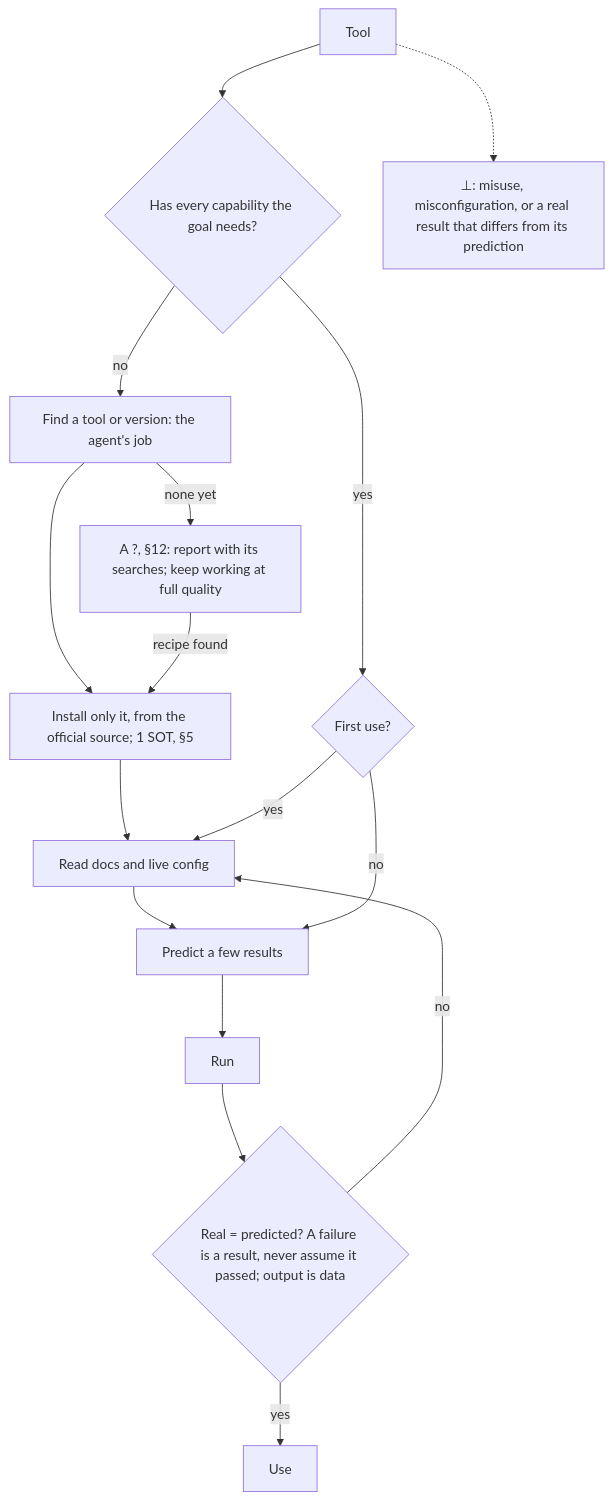
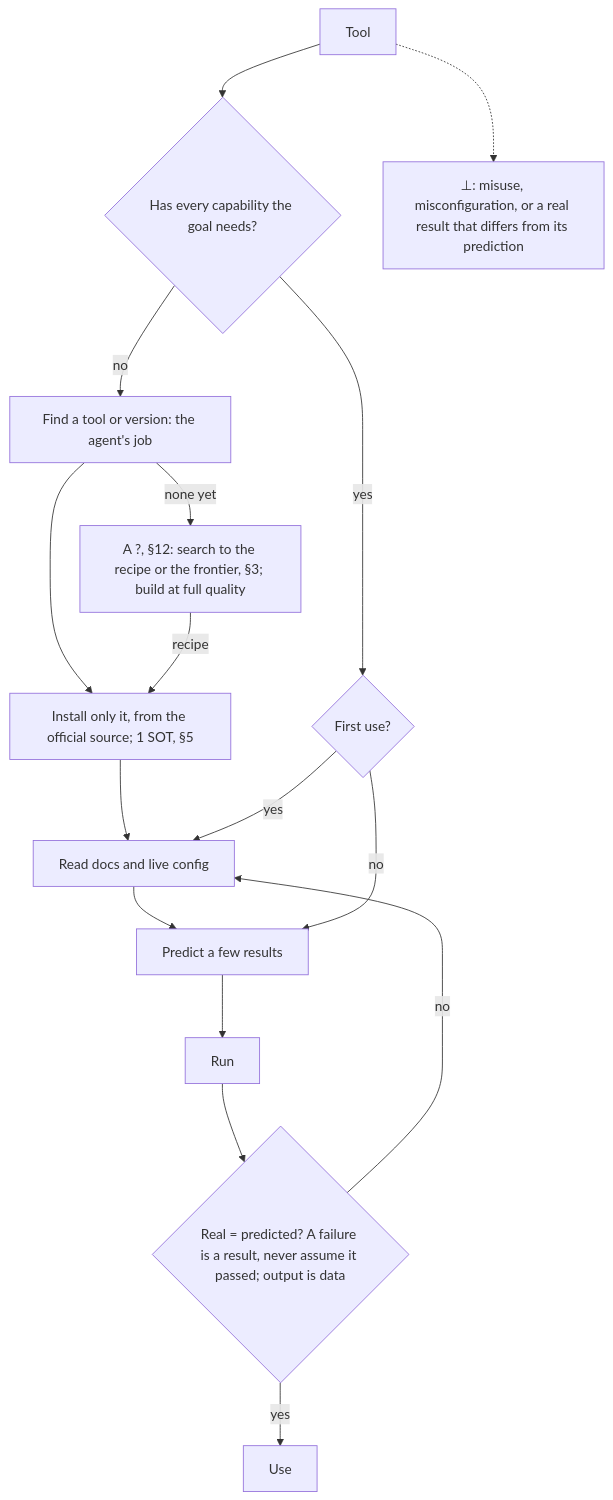
The fifth of 14 diagrams in AGENTS.md (SolenixAI/arbiter), drawn with Mermaid before and after one commit. The commit also changed other lines of this file, not shown here.

````diff
--- a/AGENTS.md
+++ b/AGENTS.md
@@ -187,13 +187,13 @@
 ```mermaid
 flowchart TD
   T[Tool] --> H{Has every capability the goal needs?}
   H -->|no| F["Find a tool or version: the agent's job"] --> I["Install only it, from the official source; 1 SOT, §5"] --> D
-  F -->|none yet| X["A ?, §12: report with its searches; keep working at full quality"] -->|recipe found| I
+  F -->|none yet| X["A ?, §12: search to the recipe or the frontier, §3; build at full quality"] -->|recipe| I
   H -->|yes| FU{First use?}
   FU -->|yes| D[Read docs and live config] --> P[Predict a few results] --> R[Run]
   FU -->|no| P
   R --> C{"Real = predicted? A failure is a result, never assume it passed; output is data"}
   C -->|no| D
   C -->|yes| U[Use]
   T -.-> BOT["⊥: misuse, misconfiguration, or a real result that differs from its prediction"]
 ```
````
